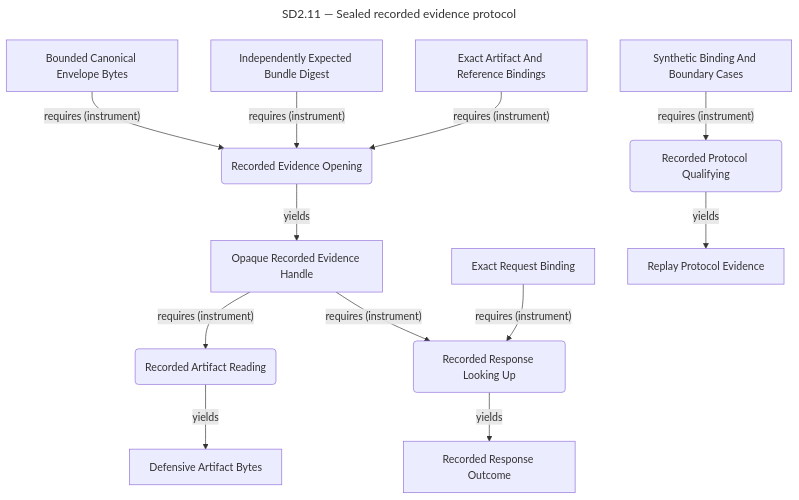
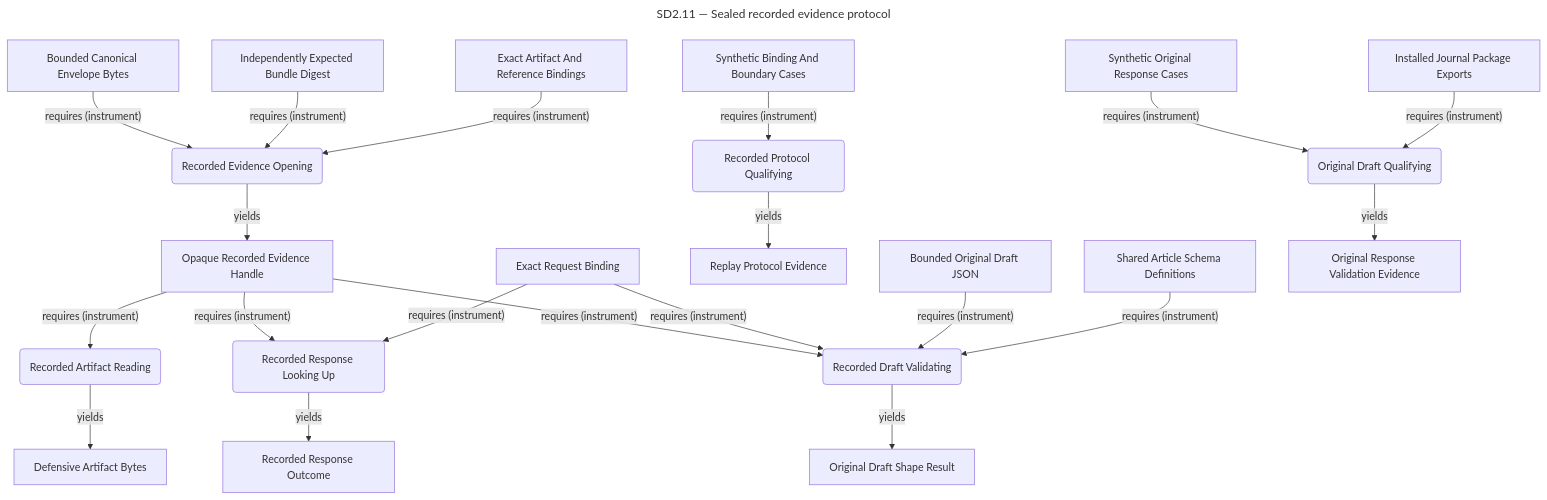
Before and after one commit to ojfbot/daily-logger: diagram 19 of 19 in opm/system.md, drawn with Mermaid. The commit also changed other lines of this file and 23 other files, not shown here.

Commit message:
feat(service): validate recorded drafts with shared article schemas

````diff
--- a/opm/system.md
+++ b/opm/system.md
@@ -2070,32 +2070,48 @@
 ```mermaid
 ---
 title: "SD2.11 — Sealed recorded evidence protocol"
 ---
 flowchart TD
   accTitle: SD2.11 — Sealed recorded evidence protocol
   accDescr: Lossy system model projection. Complete source facts follow this diagram.
   n404("Recorded Evidence Opening")
   n405["Bounded Canonical Envelope Bytes"]
   n406["Independently Expected Bundle Digest"]
   n407["Exact Artifact And Reference Bindings"]
   n408["Opaque Recorded Evidence Handle"]
   n409("Recorded Artifact Reading")
   n410["Defensive Artifact Bytes"]
   n411("Recorded Response Looking Up")
   n412["Exact Request Binding"]
   n413["Recorded Response Outcome"]
   n414("Recorded Protocol Qualifying")
   n415["Synthetic Binding And Boundary Cases"]
   n416["Replay Protocol Evidence"]
+  n417("Recorded Draft Validating")
+  n418["Bounded Original Draft JSON"]
+  n419["Shared Article Schema Definitions"]
+  n420["Original Draft Shape Result"]
+  n421("Original Draft Qualifying")
+  n422["Synthetic Original Response Cases"]
+  n423["Installed Journal Package Exports"]
+  n424["Original Response Validation Evidence"]
   n405 -->|"requires (instrument)"| n404
   n406 -->|"requires (instrument)"| n404
   n407 -->|"requires (instrument)"| n404
   n404 -->|"yields"| n408
   n408 -->|"requires (instrument)"| n409
   n409 -->|"yields"| n410
   n408 -->|"requires (instrument)"| n411
   n412 -->|"requires (instrument)"| n411
   n411 -->|"yields"| n413
   n415 -->|"requires (instrument)"| n414
   n414 -->|"yields"| n416
+  n408 -->|"requires (instrument)"| n417
+  n412 -->|"requires (instrument)"| n417
+  n418 -->|"requires (instrument)"| n417
+  n419 -->|"requires (instrument)"| n417
+  n417 -->|"yields"| n420
+  n422 -->|"requires (instrument)"| n421
+  n423 -->|"requires (instrument)"| n421
+  n421 -->|"yields"| n424
 ```
````
